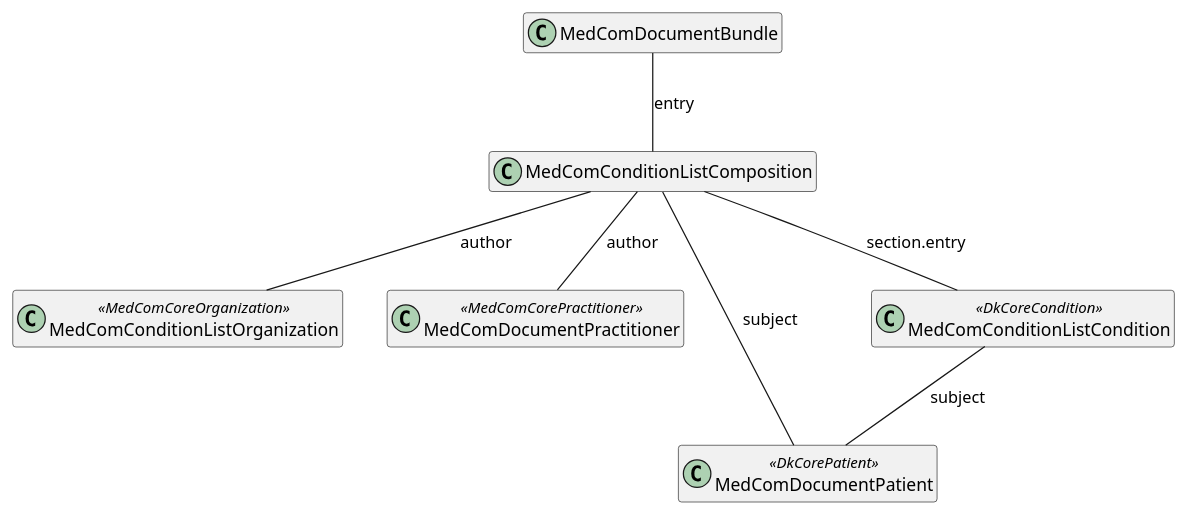
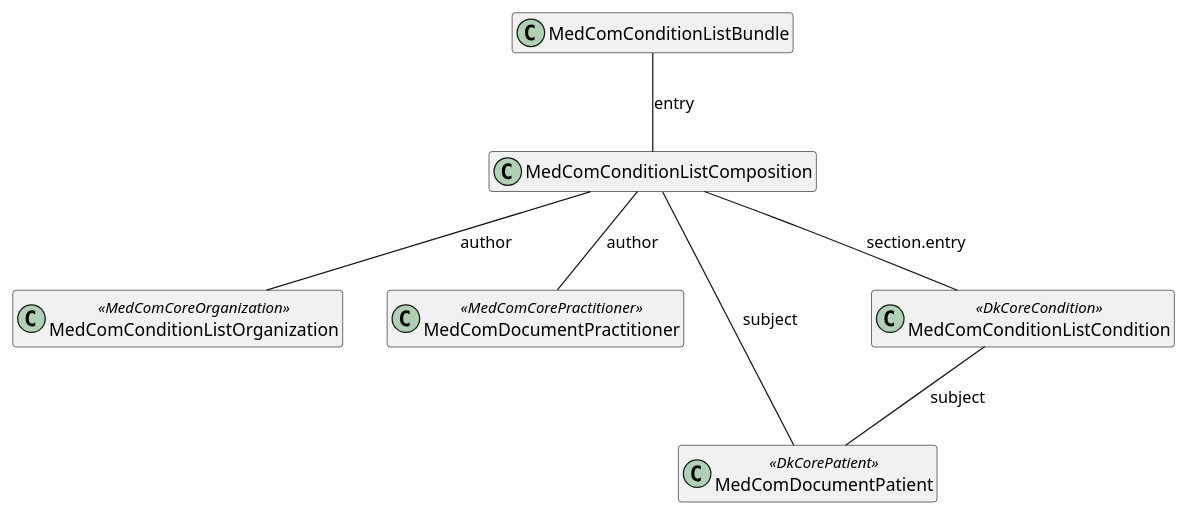
The diagram in input/puml/MedComDocument.puml (medcomdk/dk-medcom-conditionlist), drawn with PlantUML before and after one commit. The commit also changed 18 other files, not shown here.

```diff
--- a/input/puml/MedComDocument.puml
+++ b/input/puml/MedComDocument.puml
@@ -1,20 +1,20 @@
 @startuml DocumentModel
 
 hide empty members
 
-class "MedComDocumentBundle" as document
+class "MedComConditionListBundle" as document
 class "MedComConditionListComposition" as composition
 class "MedComConditionListOrganization" as organization <<MedComCoreOrganization>>
 class "MedComDocumentPractitioner" as practitioner <<MedComCorePractitioner>>
 class "MedComDocumentPatient" as patient <<DkCorePatient>>
 class "MedComConditionListCondition" as condition <<DkCoreCondition>>
    
 document -- composition : "entry"
 composition -- organization : "author"
 composition -- practitioner : "author"
 composition -- patient : "subject"
 composition -- condition : "section.entry"
 condition -- patient : "subject"
 
 
 @enduml
```
